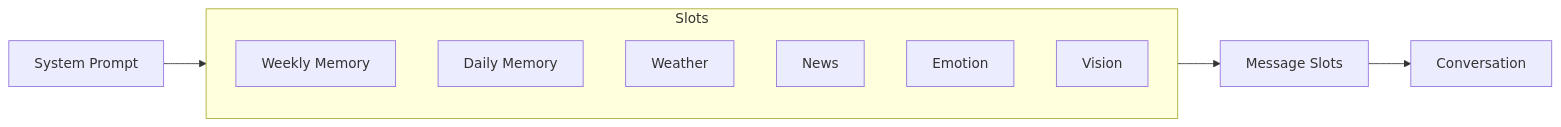
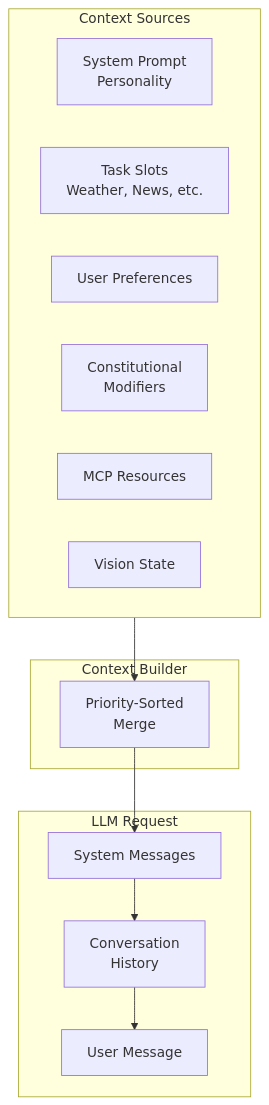
The third of 5 diagrams in README.md (salmanzee-dev/Personality_Core_GLaDOS), drawn with Mermaid before and after one commit. The commit also changed other lines of this file, not shown here.

First line of the commit message:
Expand README with architecture docs and project vision

````diff
--- a/README.md
+++ b/README.md
@@ -82,13 +158,24 @@
 ```mermaid
-flowchart LR
-    sys[System Prompt] --> Slots --> feedback[Message Slots] --> conv[Conversation]
+flowchart TB
+    subgraph Sources["Context Sources"]
+        sys[System Prompt<br/>Personality]
+        slots[Task Slots<br/>Weather, News, etc.]
+        prefs[User Preferences]
+        const[Constitutional<br/>Modifiers]
+        mcp[MCP Resources]
+        vision[Vision State]
+    end
 
-    subgraph Slots
-        weekly[Weekly Memory]
-        daily[Daily Memory]
-        weather[Weather]
-        news[News]
-        emotion[Emotion]
-        vision[Vision]
+    subgraph Builder["Context Builder"]
+        merge[Priority-Sorted<br/>Merge]
     end
+
+    subgraph Final["LLM Request"]
+        messages[System Messages]
+        history[Conversation<br/>History]
+        user[User Message]
+    end
+
+    Sources --> merge --> messages
+    messages --> history --> user
 ```
````
